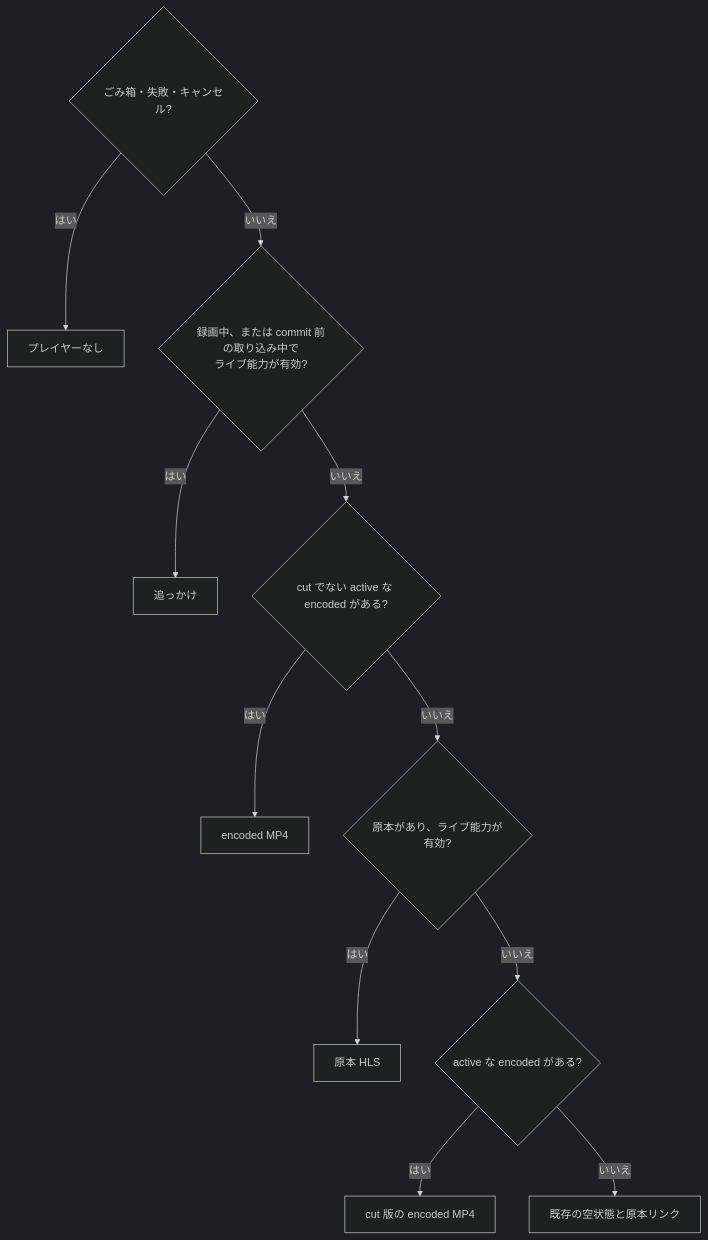
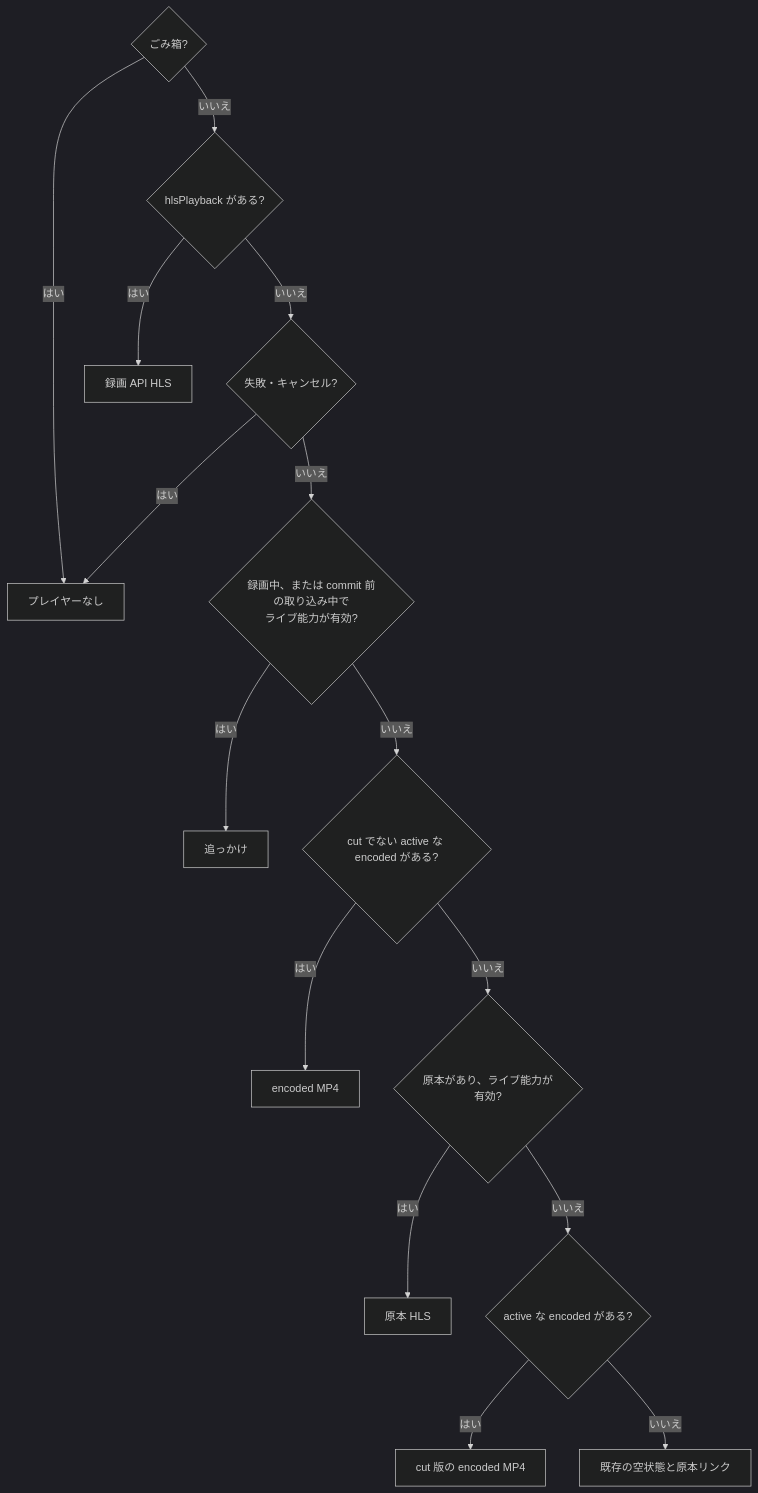
The diagram in docs/frontend/recordings/playback.md (fetburner/rokuban), drawn with Mermaid (dark theme) before and after one commit. The commit also changed other lines of this file and 14 other files, not shown here.

Commit message:
feat(web): play recordings from API HLS URLs

````diff
--- a/docs/frontend/recordings/playback.md
+++ b/docs/frontend/recordings/playback.md
@@ -11,13 +11,17 @@
 ```mermaid
 flowchart TD
-  A{ごみ箱・失敗・キャンセル?} -->|はい| N[プレイヤーなし]
-  A -->|いいえ| B{録画中、または commit 前の取り込み中で<br>ライブ能力が有効?}
-  B -->|はい| C[追っかけ]
-  B -->|いいえ| D{cut でない active な encoded がある?}
-  D -->|はい| E[encoded MP4]
-  D -->|いいえ| F{原本があり、ライブ能力が有効?}
-  F -->|はい| G[原本 HLS]
-  F -->|いいえ| H{active な encoded がある?}
-  H -->|はい| I[cut 版の encoded MP4]
-  H -->|いいえ| J[既存の空状態と原本リンク]
+  A{ごみ箱?} -->|はい| N[プレイヤーなし]
+  A -->|いいえ| B{hlsPlayback がある?}
+  B -->|はい| C[録画 API HLS]
+  B -->|いいえ| D{失敗・キャンセル?}
+  D -->|はい| N
+  D -->|いいえ| E{録画中、または commit 前の取り込み中で<br>ライブ能力が有効?}
+  E -->|はい| F[追っかけ]
+  E -->|いいえ| G{cut でない active な encoded がある?}
+  G -->|はい| H[encoded MP4]
+  G -->|いいえ| I{原本があり、ライブ能力が有効?}
+  I -->|はい| J[原本 HLS]
+  I -->|いいえ| K{active な encoded がある?}
+  K -->|はい| L[cut 版の encoded MP4]
+  K -->|いいえ| M[既存の空状態と原本リンク]
 ```
````
